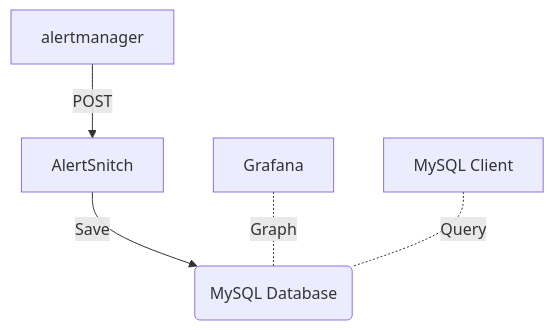
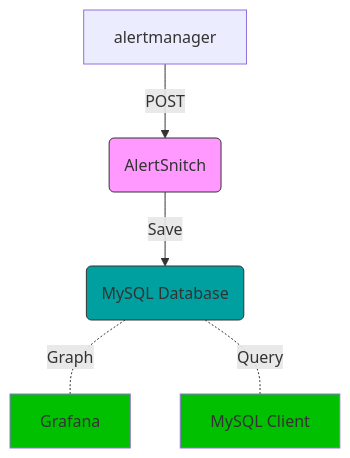
The diagram in README.md (yakshaving-art/alertsnitch), drawn with Mermaid before and after one commit.

Commit message:
Make graph more colorful

````diff
--- a/README.md
+++ b/README.md
@@ -15,7 +15,11 @@
 ```mermaid
 graph TD
-    A[alertmanager] -->|POST|B[AlertSnitch]
+    A[alertmanager] -->|POST|B(AlertSnitch)
     B --> |Save|C(MySQL Database)
-    G[Grafana] -.-|Graph|C
-    D[MySQL Client] -.-|Query|C
+    C -.-|Graph|G[Grafana]
+    C -.-|Query|D[MySQL Client]
+    style B fill:#f9f,stroke:#333,stroke-width:1px
+    style C fill:#00A0A0,stroke:#333,stroke-width:1px
+    style D fill:#00C000
+    style G fill:#00C000
 ```
````
